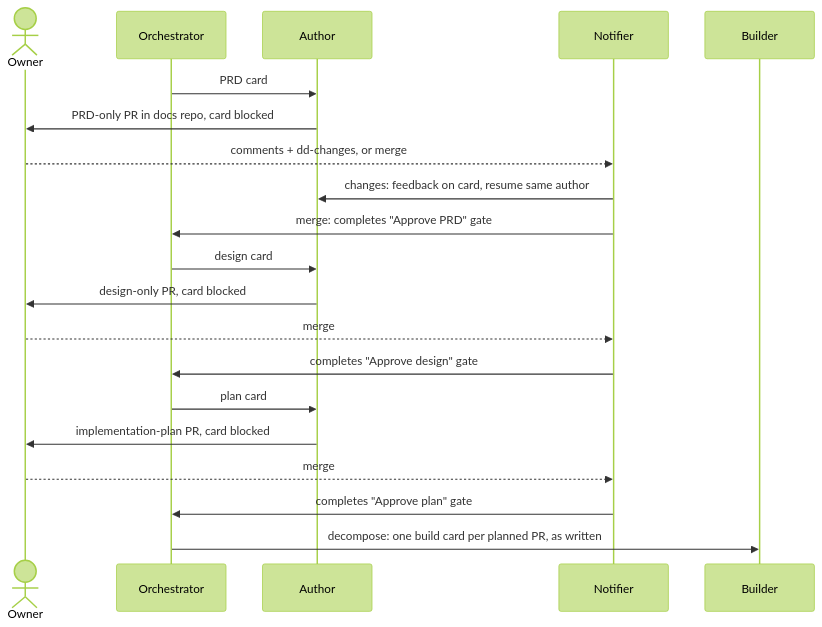
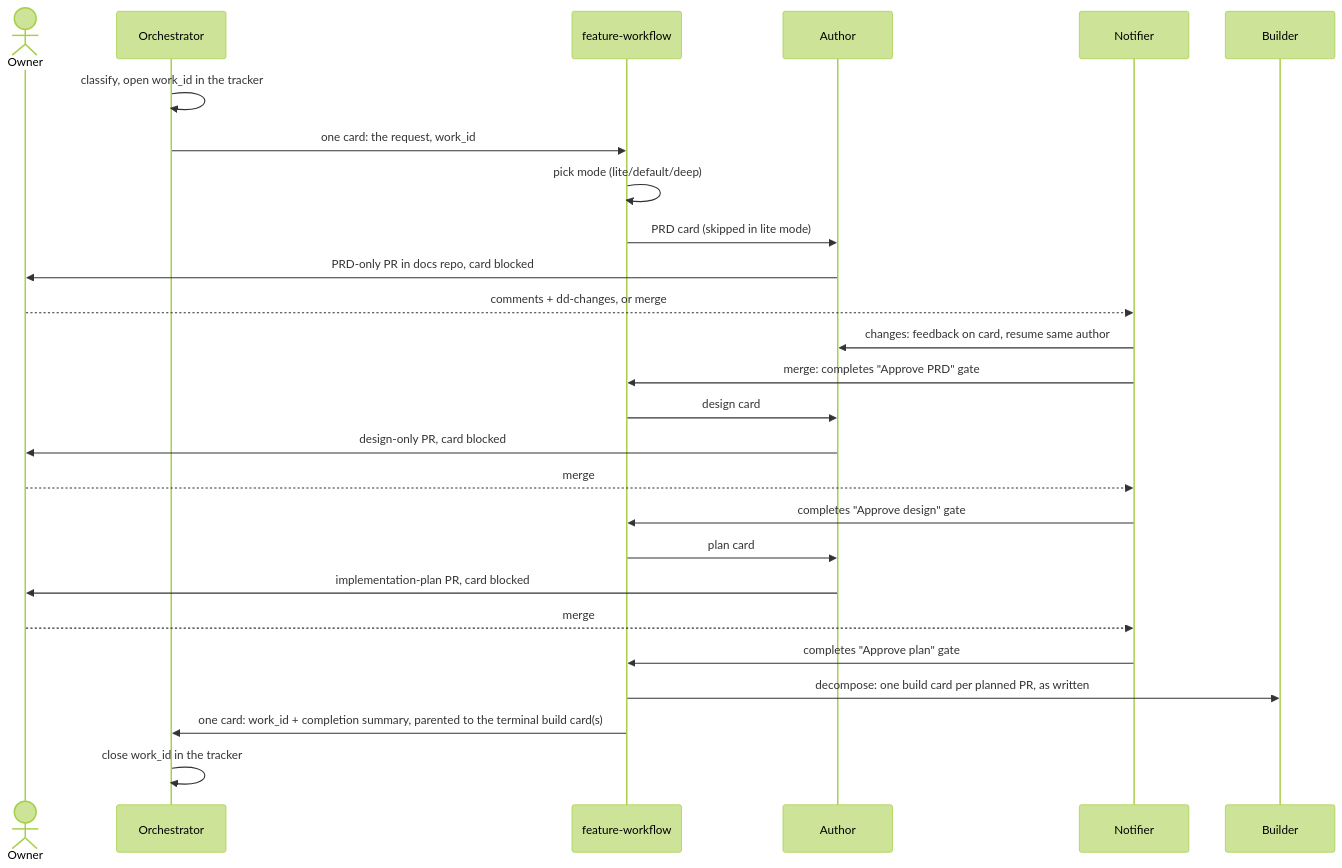
One commit to Zhachory1/ralph changed the first of 3 diagrams in docs/workflows.md. Above: the diagram before and after it, drawn with Mermaid (forest theme). The commit also changed other lines of this file and 8 other files, not shown here.

````diff
--- a/docs/workflows.md
+++ b/docs/workflows.md
@@ -11,22 +11,28 @@
 ```mermaid
 sequenceDiagram
     actor Owner
     participant O as Orchestrator
+    participant FW as feature-workflow
     participant A as Author
     participant N as Notifier
     participant B as Builder
-    O->>A: PRD card
+    O->>O: classify, open work_id in the tracker
+    O->>FW: one card: the request, work_id
+    FW->>FW: pick mode (lite/default/deep)
+    FW->>A: PRD card (skipped in lite mode)
     A->>Owner: PRD-only PR in docs repo, card blocked
     Owner-->>N: comments + dd-changes, or merge
     N->>A: changes: feedback on card, resume same author
-    N->>O: merge: completes "Approve PRD" gate
-    O->>A: design card
+    N->>FW: merge: completes "Approve PRD" gate
+    FW->>A: design card
     A->>Owner: design-only PR, card blocked
     Owner-->>N: merge
-    N->>O: completes "Approve design" gate
-    O->>A: plan card
+    N->>FW: completes "Approve design" gate
+    FW->>A: plan card
     A->>Owner: implementation-plan PR, card blocked
     Owner-->>N: merge
-    N->>O: completes "Approve plan" gate
-    O->>B: decompose: one build card per planned PR, as written
+    N->>FW: completes "Approve plan" gate
+    FW->>B: decompose: one build card per planned PR, as written
+    FW->>O: one card: work_id + completion summary, parented to the terminal build card(s)
+    O->>O: close work_id in the tracker
 ```
````
